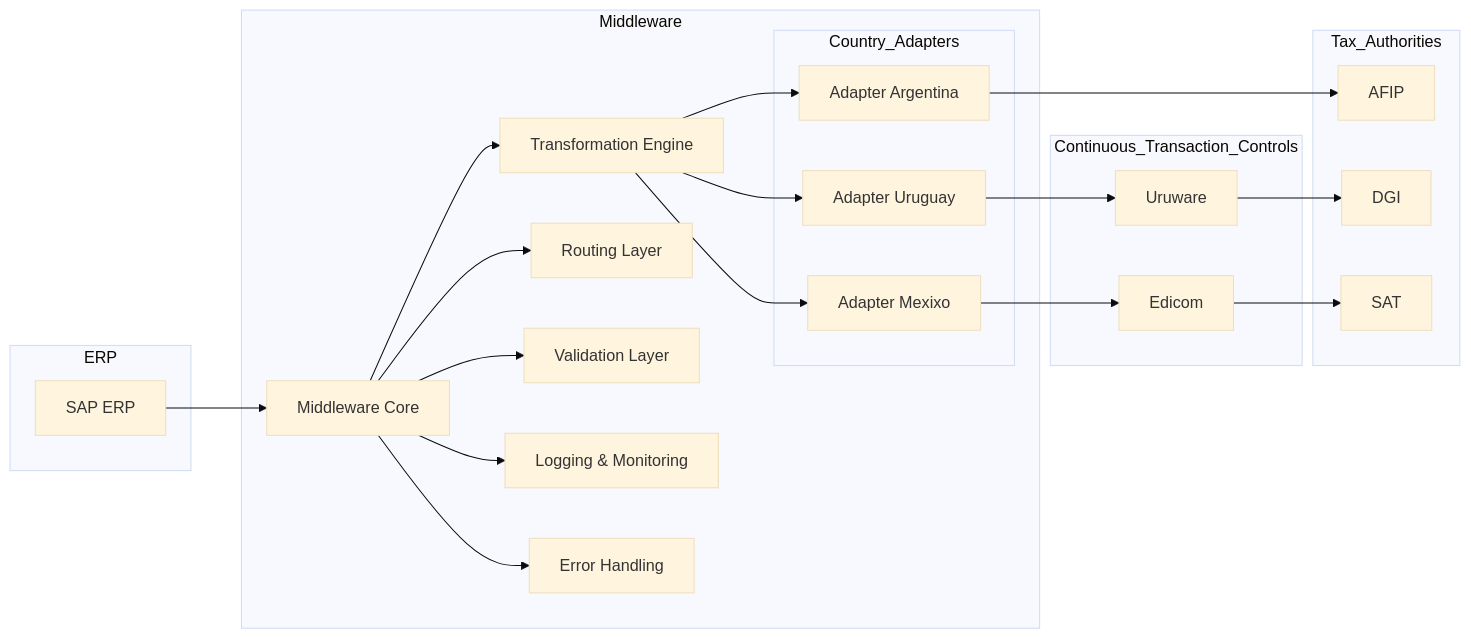
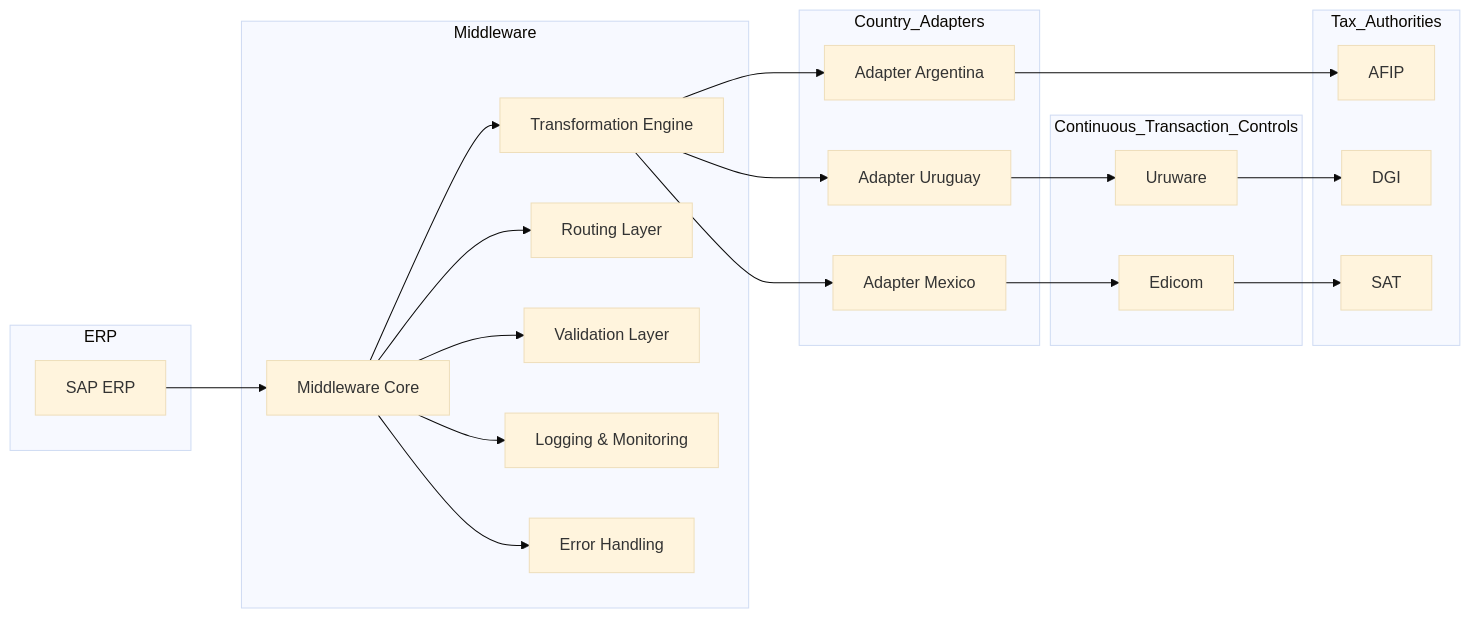
The diagram in README.md (escobardp/tax-middleware-architecture), drawn with Mermaid (base theme) before and after one commit.

Commit message:
Fix typo in adapter name for Mexico

````diff
--- a/README.md
+++ b/README.md
@@ -35,51 +35,51 @@
 ```mermaid
 flowchart LR
 
     subgraph ERP
         SAP["SAP ERP"]
     end
 
     subgraph Middleware
         MW["Middleware Core"]
         TR["Transformation Engine"]
         RT["Routing Layer"]
         VL["Validation Layer"]
         LOG["Logging & Monitoring"]
         ERR["Error Handling"]
+    end
+
     subgraph Country_Adapters
         AR["Adapter Argentina"]
         UY["Adapter Uruguay"]
-        MX["Adapter Mexixo"]
-    end
-
+        MX["Adapter Mexico"]
     end
 
     subgraph Tax_Authorities
         AFIP["AFIP"]
         DGI["DGI"]
         SAT["SAT"]
     end
 
     subgraph Continuous_Transaction_Controls
     URUWARE["Uruware"]
     EDICOM["Edicom"]
     end
 
     SAP --> MW
     MW --> TR
     MW --> RT
     MW --> VL
 
     TR --> AR
     TR --> UY
     TR --> MX
 
     AR --> AFIP
     UY --> URUWARE
     MX --> EDICOM
 
     URUWARE --> DGI
     EDICOM --> SAT
     MW --> LOG
     MW --> ERR
 ```
````
